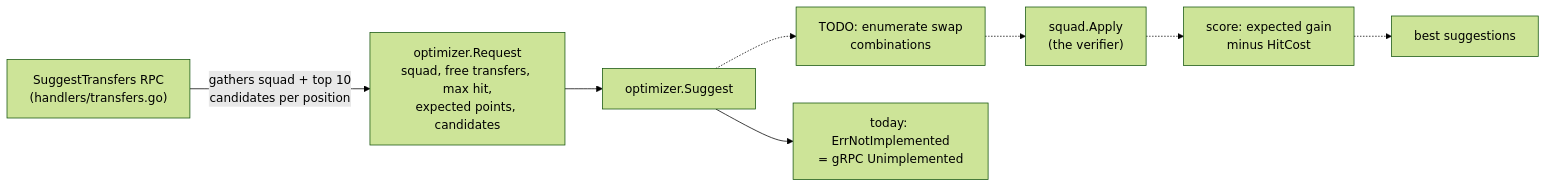
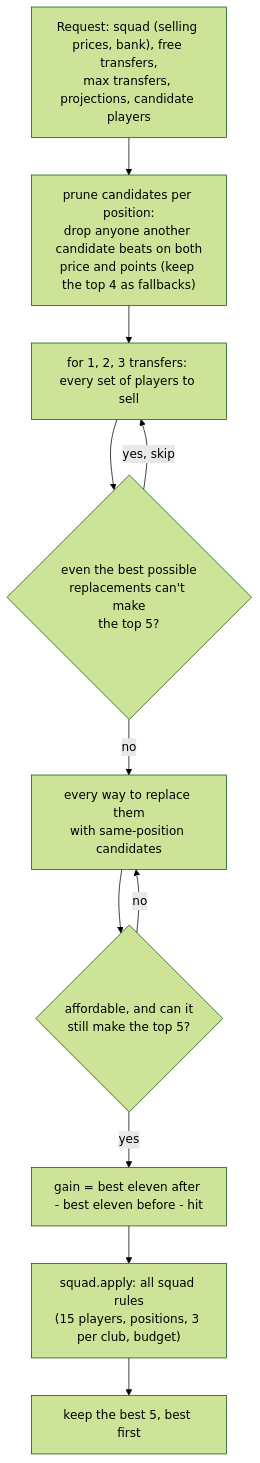
Before and after one commit to KaartikeyNatrajan/SquadScout: diagram 11 of 13 in docs/architecture.md, drawn with Mermaid (forest theme). The commit also changed other lines of this file and 188 other files, not shown here.

````diff
--- a/docs/architecture.md
+++ b/docs/architecture.md
@@ -447,15 +548,18 @@
 ```mermaid
-flowchart LR
-    rpc["SuggestTransfers RPC<br/>(handlers/transfers.go)"]
-    req["optimizer.Request<br/>squad, free transfers, max hit,<br/>expected points, candidates"]
-    sug["optimizer.Suggest"]
-    todo["TODO: enumerate swap<br/>combinations"]
-    ver["squad.Apply<br/>(the verifier)"]
-    score["score: expected gain<br/>minus HitCost"]
-    resp["best suggestions"]
-    unimpl["today: ErrNotImplemented<br/>= gRPC Unimplemented"]
+flowchart TD
+    start["Request: squad (selling prices, bank), free transfers,<br/>max transfers, projections, candidate players"]
+    prune["prune candidates per position:<br/>drop anyone another candidate beats on both<br/>price and points (keep the top 4 as fallbacks)"]
+    sell["for 1, 2, 3 transfers: every set of players to sell"]
+    bound{"even the best possible<br/>replacements can't make<br/>the top 5?"}
+    buy["every way to replace them<br/>with same-position candidates"]
+    cheap{"affordable, and can it<br/>still make the top 5?"}
+    xi["gain = best eleven after - best eleven before - hit"]
+    ver["squad.apply: all squad rules<br/>(15 players, positions, 3 per club, budget)"]
+    keep["keep the best 5, best first"]
 
-    rpc -- "gathers squad + top 10<br/>candidates per position" --> req --> sug
-    sug -.-> todo -.-> ver -.-> score -.-> resp
-    sug --> unimpl
+    start --> prune --> sell --> bound
+    bound -- yes, skip --> sell
+    bound -- no --> buy --> cheap
+    cheap -- no --> buy
+    cheap -- yes --> xi --> ver --> keep
 ```
````
